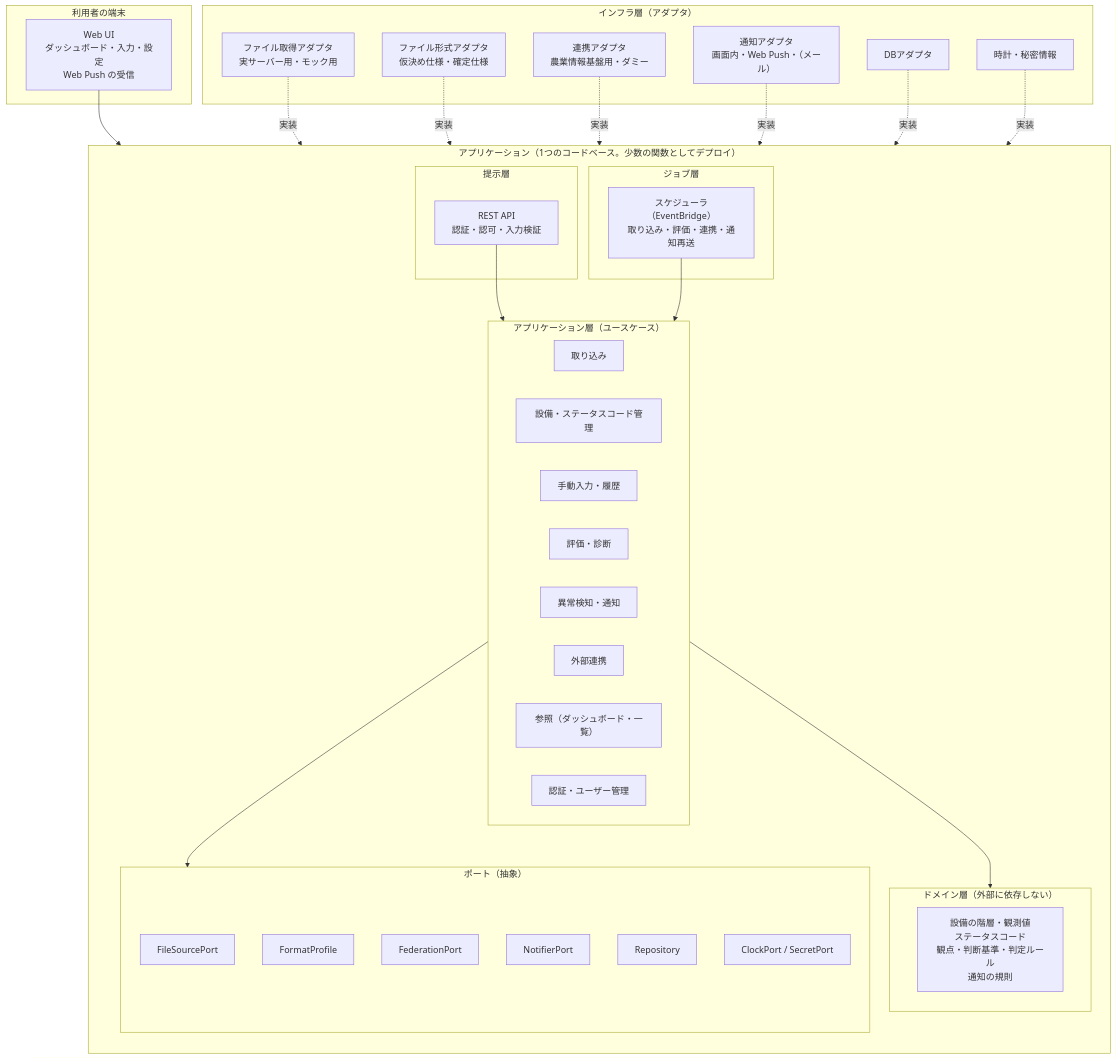
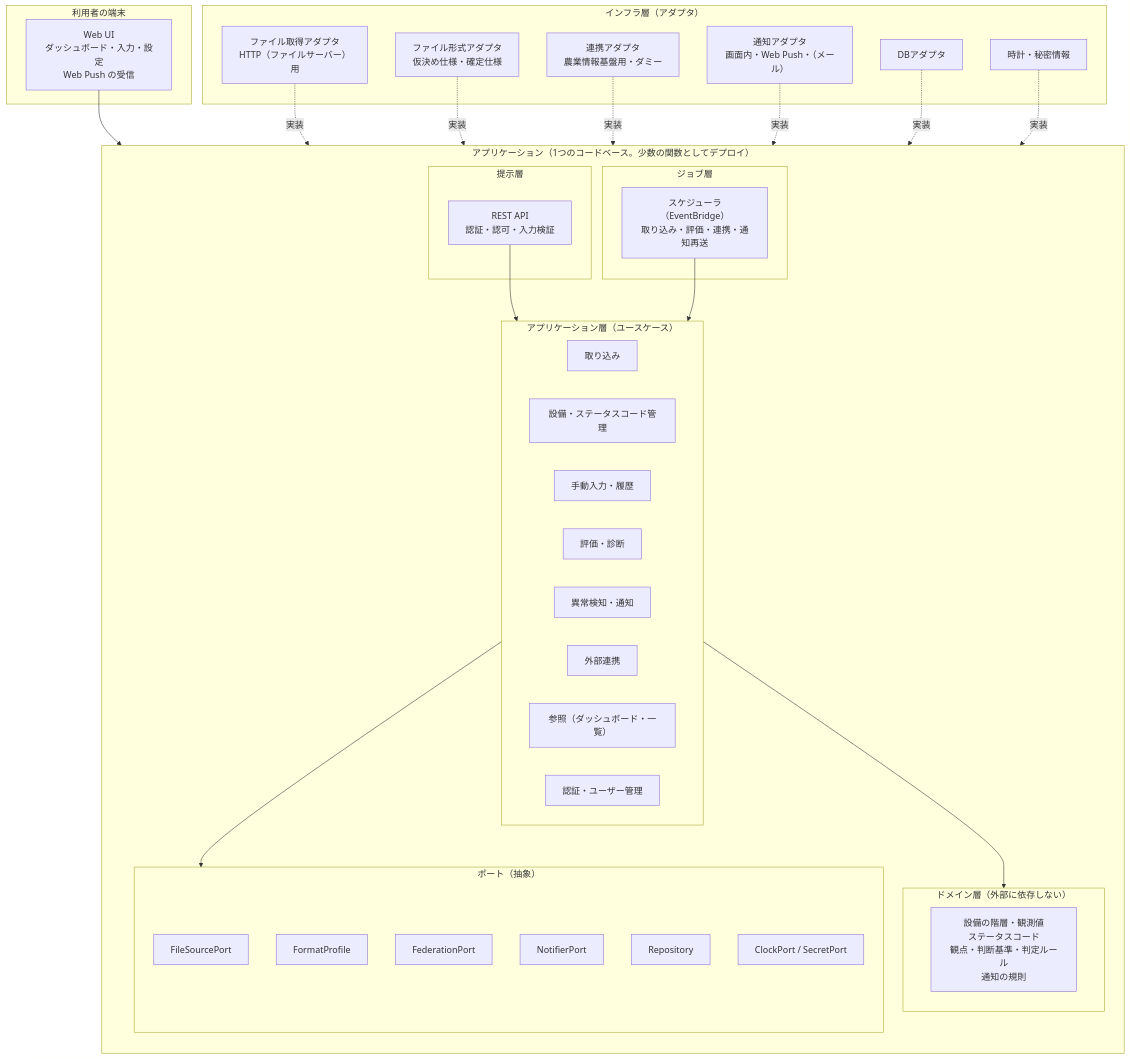
The second of 9 diagrams in docs/10_design/architecture/architecture.md (NS-APU/smart-farm-monitoring), drawn with Mermaid before and after one commit. The commit also changed other lines of this file and 11 other files, not shown here.

````diff
--- a/docs/10_design/architecture/architecture.md
+++ b/docs/10_design/architecture/architecture.md
@@ -84,58 +84,58 @@
 ```mermaid
 flowchart TB
   subgraph CLIENT[利用者の端末]
     UI[Web UI<br>ダッシュボード・入力・設定<br>Web Push の受信]
   end
 
   subgraph APP[アプリケーション（1つのコードベース。少数の関数としてデプロイ）]
     direction TB
     subgraph PRES[提示層]
       API[REST API<br>認証・認可・入力検証]
     end
     subgraph JOB[ジョブ層]
       SCH[スケジューラ（EventBridge）<br>取り込み・評価・連携・通知再送]
     end
     subgraph APPL[アプリケーション層（ユースケース）]
       UCI[取り込み]
       UCE[設備・ステータスコード管理]
       UCM[手動入力・履歴]
       UCV[評価・診断]
       UCN[異常検知・通知]
       UCF[外部連携]
       UCQ[参照（ダッシュボード・一覧）]
       UCA[認証・ユーザー管理]
     end
     subgraph DOM[ドメイン層（外部に依存しない）]
       DM[設備の階層・観測値<br>ステータスコード<br>観点・判断基準・判定ルール<br>通知の規則]
     end
     subgraph PORT[ポート（抽象）]
       P1[FileSourcePort]
       P2[FormatProfile]
       P3[FederationPort]
       P4[NotifierPort]
       P5[Repository]
       P6[ClockPort / SecretPort]
     end
   end
 
   subgraph INFRA[インフラ層（アダプタ）]
-    A1[ファイル取得アダプタ<br>実サーバー用・モック用]
+    A1[ファイル取得アダプタ<br>HTTP（ファイルサーバー）用]
     A2[ファイル形式アダプタ<br>仮決め仕様・確定仕様]
     A3[連携アダプタ<br>農業情報基盤用・ダミー]
     A4[通知アダプタ<br>画面内・Web Push・（メール）]
     A5[DBアダプタ]
     A6[時計・秘密情報]
   end
 
   UI --> API
   API --> APPL
   SCH --> APPL
   APPL --> DOM
   APPL --> PORT
   A1 -. 実装 .-> P1
   A2 -. 実装 .-> P2
   A3 -. 実装 .-> P3
   A4 -. 実装 .-> P4
   A5 -. 実装 .-> P5
   A6 -. 実装 .-> P6
 ```
````
